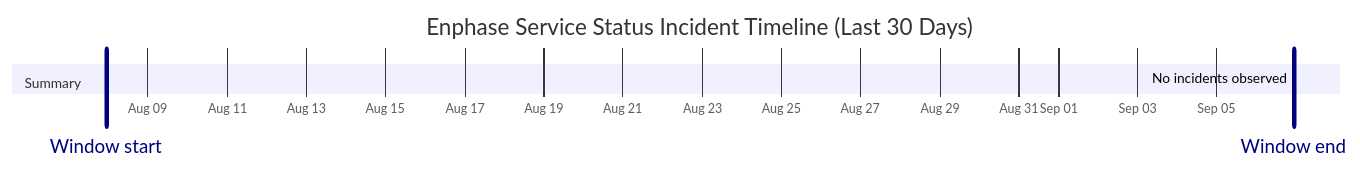
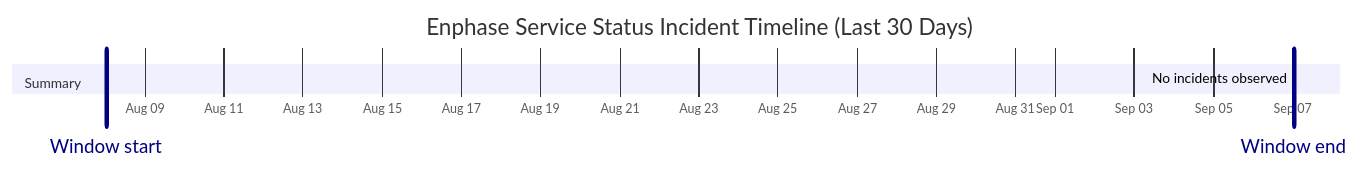
The diagram in wiki/Service-Status-History.md (barneyonline/ha-enphase-energy), drawn with Mermaid before and after one commit. The commit also changed other lines of this file and 3 other files, not shown here.

````diff
--- a/wiki/Service-Status-History.md
+++ b/wiki/Service-Status-History.md
@@ -14,10 +14,10 @@
 ```mermaid
 gantt
     title Enphase Service Status Incident Timeline (Last 30 Days)
     dateFormat  YYYY-MM-DDTHH:mm:ss
     axisFormat  %b %d
-    Window start :vert, window-start, 2026-08-07T22:41:33, 0ms
-    Window end :vert, window-end, 2026-09-06T22:41:33, 0ms
+    Window start :vert, window-start, 2026-08-08T00:41:14, 0ms
+    Window end :vert, window-end, 2026-09-07T00:41:14, 0ms
     section Summary
-    No incidents observed :done, 2026-09-06T22:41:33, 1m
+    No incidents observed :done, 2026-09-07T00:41:14, 1m
 ```
````
